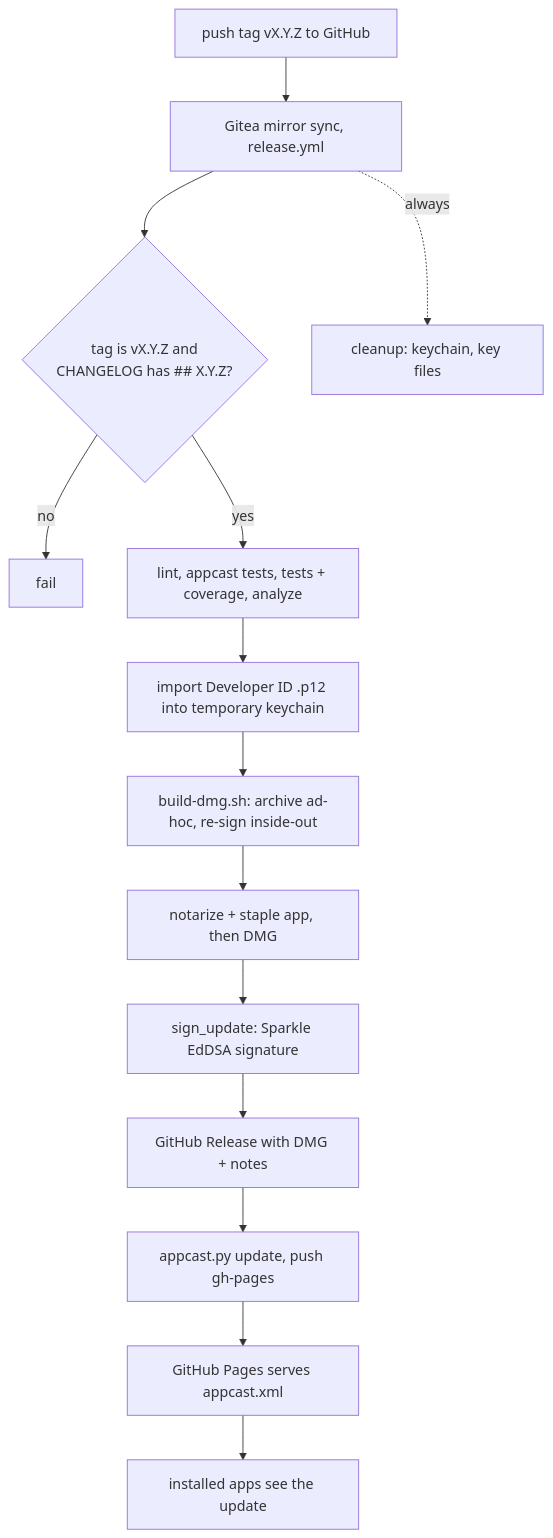
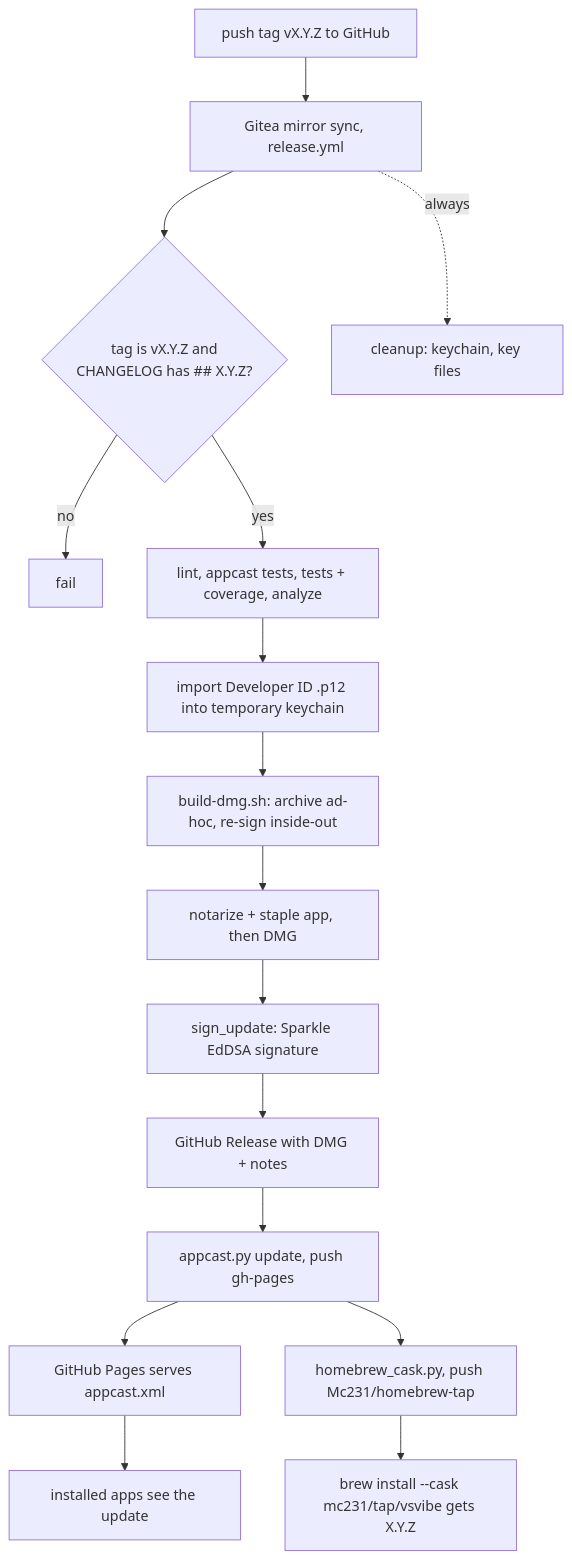
The diagram in docs/auto-update-and-releases.md (Mc231/vsvibe), drawn with Mermaid before and after one commit. The commit also changed other lines of this file and 10 other files, not shown here.

First line of the commit message:
Distribute through a Homebrew tap; document CI, releases and updates

````diff
--- a/docs/auto-update-and-releases.md
+++ b/docs/auto-update-and-releases.md
@@ -74,16 +79,18 @@
 ```mermaid
 flowchart TD
     A[push tag vX.Y.Z to GitHub] --> B[Gitea mirror sync, release.yml]
     B --> C{tag is vX.Y.Z and<br/>CHANGELOG has ## X.Y.Z?}
     C -- no --> F[fail]
     C -- yes --> D[lint, appcast tests, tests + coverage, analyze]
     D --> E[import Developer ID .p12 into temporary keychain]
     E --> G[build-dmg.sh: archive ad-hoc, re-sign inside-out]
     G --> H[notarize + staple app, then DMG]
     H --> I[sign_update: Sparkle EdDSA signature]
     I --> J[GitHub Release with DMG + notes]
     J --> K[appcast.py update, push gh-pages]
     K --> L[GitHub Pages serves appcast.xml]
     L --> M[installed apps see the update]
+    K --> N[homebrew_cask.py, push Mc231/homebrew-tap]
+    N --> O[brew install --cask mc231/tap/vsvibe gets X.Y.Z]
     B -.always.-> Z[cleanup: keychain, key files]
 ```
````
